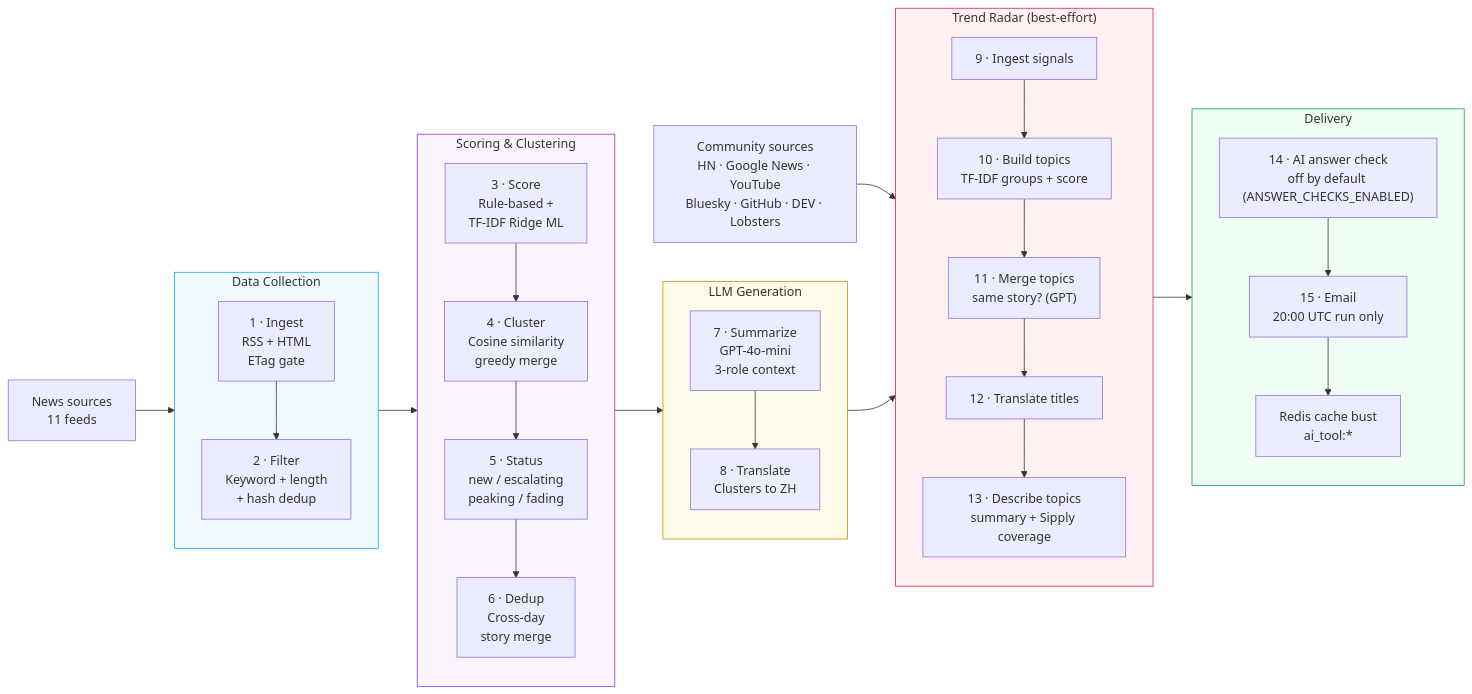
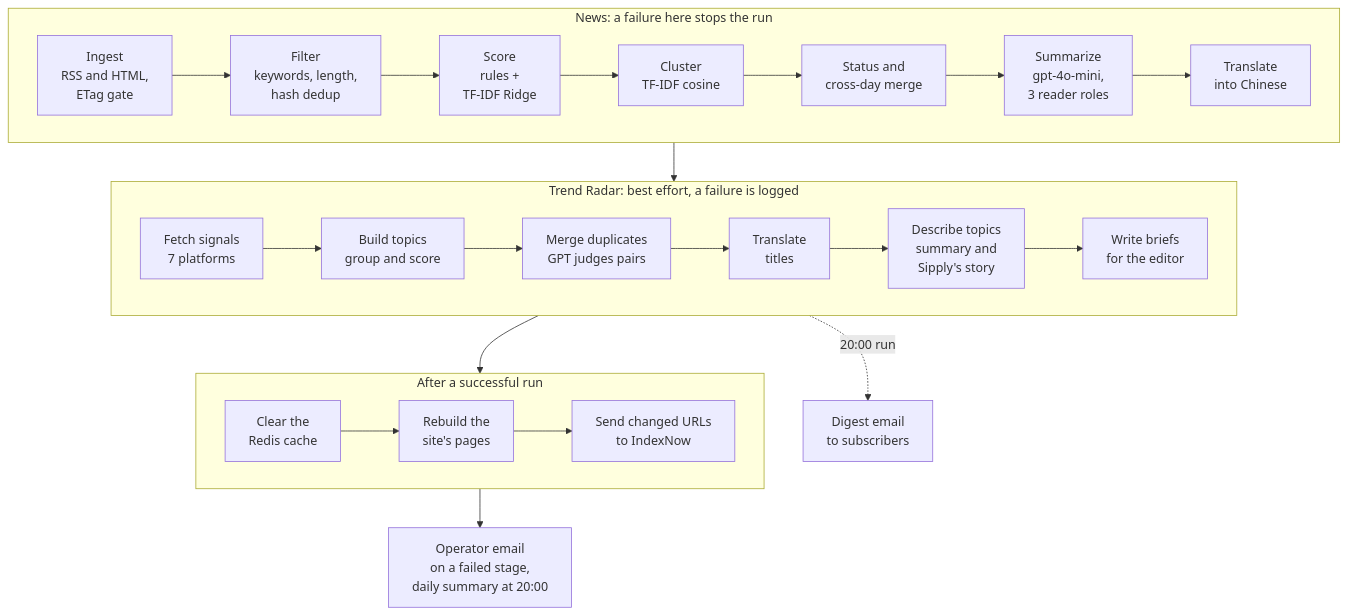
One commit to fanyang-888/Sipply-Artificial-Intelligence-news-aggregator changed the second of 3 diagrams in README.md. Above: the diagram before and after it, drawn with Mermaid. The commit also changed other lines of this file and 19 other files, not shown here.

Commit message:
docs(readme): screenshots, diagrams and charts (#115)

````diff
--- a/README.md
+++ b/README.md
@@ -65,55 +111,21 @@
 ```mermaid
-flowchart LR
-    SRC["News sources\n11 feeds"]
-    SIG["Community sources\nHN · Google News · YouTube\nBluesky · GitHub · DEV · Lobsters"]
-
-    subgraph COLLECT["Data Collection"]
-        direction TB
-        S1["1 · Ingest\nRSS + HTML\nETag gate"]
-        S2["2 · Filter\nKeyword + length\n+ hash dedup"]
-        S1 --> S2
+flowchart TB
+    subgraph N["News: a failure here stops the run"]
+        direction LR
+        A1["Ingest<br/>RSS and HTML,<br/>ETag gate"] --> A2["Filter<br/>keywords, length,<br/>hash dedup"] --> A3["Score<br/>rules +<br/>TF-IDF Ridge"] --> A4["Cluster<br/>TF-IDF cosine"] --> A5["Status and<br/>cross-day merge"] --> A6["Summarize<br/>gpt-4o-mini,<br/>3 reader roles"] --> A7["Translate<br/>into Chinese"]
     end
 
-    subgraph SCORE["Scoring & Clustering"]
-        direction TB
-        S3["3 · Score\nRule-based +\nTF-IDF Ridge ML"]
-        S4["4 · Cluster\nCosine similarity\ngreedy merge"]
-        S5["5 · Status\nnew / escalating\npeaking / fading"]
-        S6["6 · Dedup\nCross-day\nstory merge"]
-        S3 --> S4 --> S5 --> S6
+    subgraph R["Trend Radar: best effort, a failure is logged"]
+        direction LR
+        B1["Fetch signals<br/>7 platforms"] --> B2["Build topics<br/>group and score"] --> B3["Merge duplicates<br/>GPT judges pairs"] --> B4["Translate<br/>titles"] --> B5["Describe topics<br/>summary and<br/>Sipply's story"] --> B6["Write briefs<br/>for the editor"]
     end
 
-    subgraph GENERATE["LLM Generation"]
-        direction TB
-        S7["7 · Summarize\nGPT-4o-mini\n3-role context"]
-        S8["8 · Translate\nClusters to ZH"]
-        S7 --> S8
+    subgraph D["After a successful run"]
+        direction LR
+        C1["Clear the<br/>Redis cache"] --> C2["Rebuild the<br/>site's pages"] --> C3["Send changed URLs<br/>to IndexNow"]
     end
 
-    subgraph RADAR["Trend Radar (best-effort)"]
-        direction TB
-        R1["9 · Ingest signals"]
-        R2["10 · Build topics\nTF-IDF groups + score"]
-        R3["11 · Merge topics\nsame story? (GPT)"]
-        R4["12 · Translate titles"]
-        R5["13 · Describe topics\nsummary + Sipply coverage"]
-        R1 --> R2 --> R3 --> R4 --> R5
-    end
-
-    subgraph DELIVER["Delivery"]
-        direction TB
-        S10["14 · AI answer check\noff by default (ANSWER_CHECKS_ENABLED)"]
-        S9["15 · Email\n20:00 UTC run only"]
-        CACHE["Redis cache bust\nai_tool:*"]
-        S10 --> S9 --> CACHE
-    end
-
-    SRC --> COLLECT --> SCORE --> GENERATE --> RADAR --> DELIVER
-    SIG --> R1
-
-    style COLLECT  fill:#f0f9ff,stroke:#0ea5e9
-    style SCORE    fill:#faf5ff,stroke:#9333ea
-    style GENERATE fill:#fefce8,stroke:#ca8a04
-    style RADAR    fill:#fff1f2,stroke:#e11d48
-    style DELIVER  fill:#f0fdf4,stroke:#16a34a
+    N --> R --> D
+    R -. "20:00 run" .-> MAIL["Digest email<br/>to subscribers"]
+    D --> OPS["Operator email<br/>on a failed stage,<br/>daily summary at 20:00"]
 ```
````
